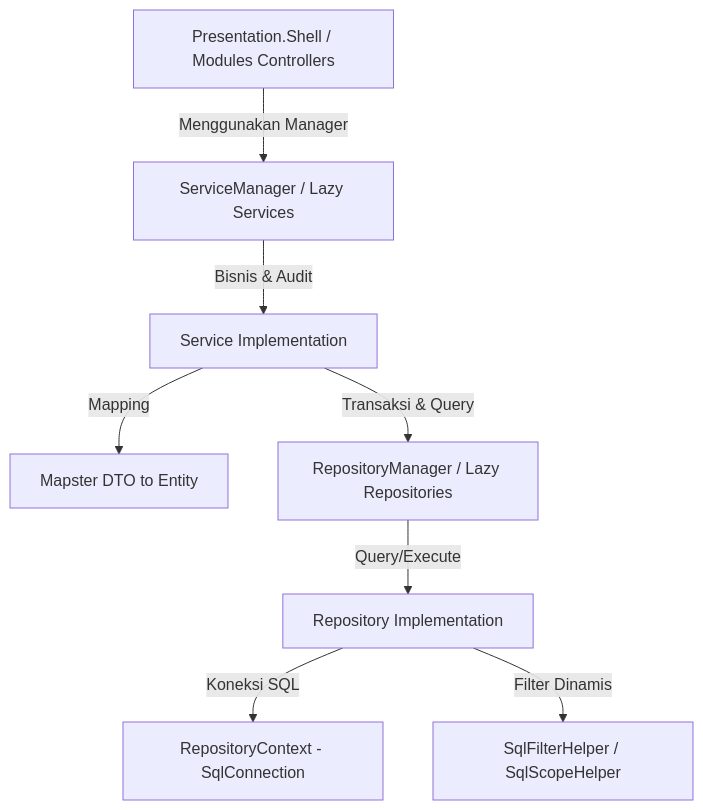
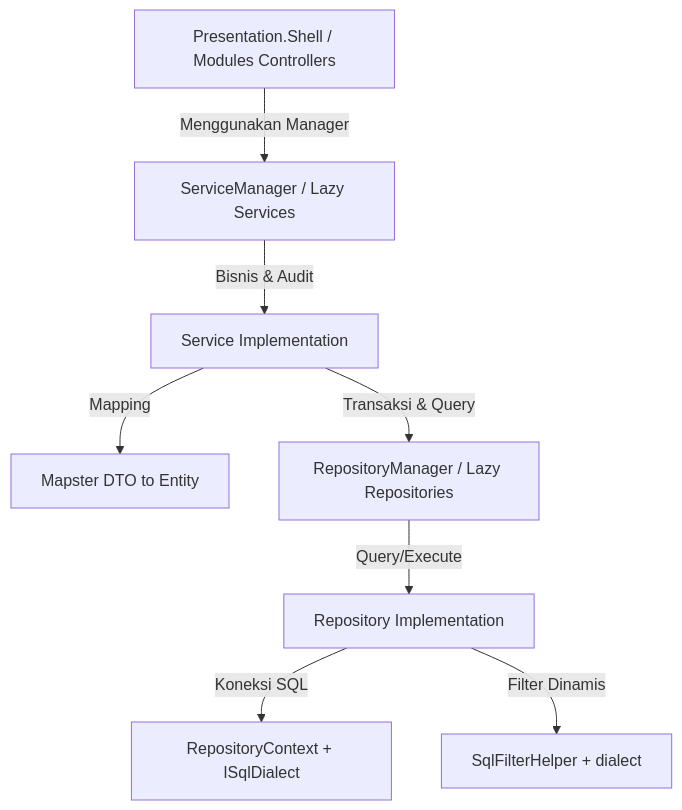
The diagram in api_development_template.md (firyadi/BamboeUP.Api), drawn with Mermaid before and after one commit. The commit also changed other lines of this file and 236 other files, not shown here.

````diff
--- a/api_development_template.md
+++ b/api_development_template.md
@@ -12,10 +16,10 @@
 ```mermaid
 graph TD
     Controller[Presentation.Shell / Modules Controllers] -->|Menggunakan Manager| ServiceManager[ServiceManager / Lazy Services]
     ServiceManager -->|Bisnis & Audit| ServiceImpl[Service Implementation]
     ServiceImpl -->|Mapping| Mapster[Mapster DTO to Entity]
     ServiceImpl -->|Transaksi & Query| RepoManager[RepositoryManager / Lazy Repositories]
     RepoManager -->|Query/Execute| RepoImpl[Repository Implementation]
-    RepoImpl -->|Koneksi SQL| RepoContext[RepositoryContext - SqlConnection]
-    RepoImpl -->|Filter Dinamis| SqlFilter[SqlFilterHelper / SqlScopeHelper]
+    RepoImpl -->|Koneksi SQL| RepoContext[RepositoryContext + ISqlDialect]
+    RepoImpl -->|Filter Dinamis| SqlFilter[SqlFilterHelper + dialect]
 ```
````
